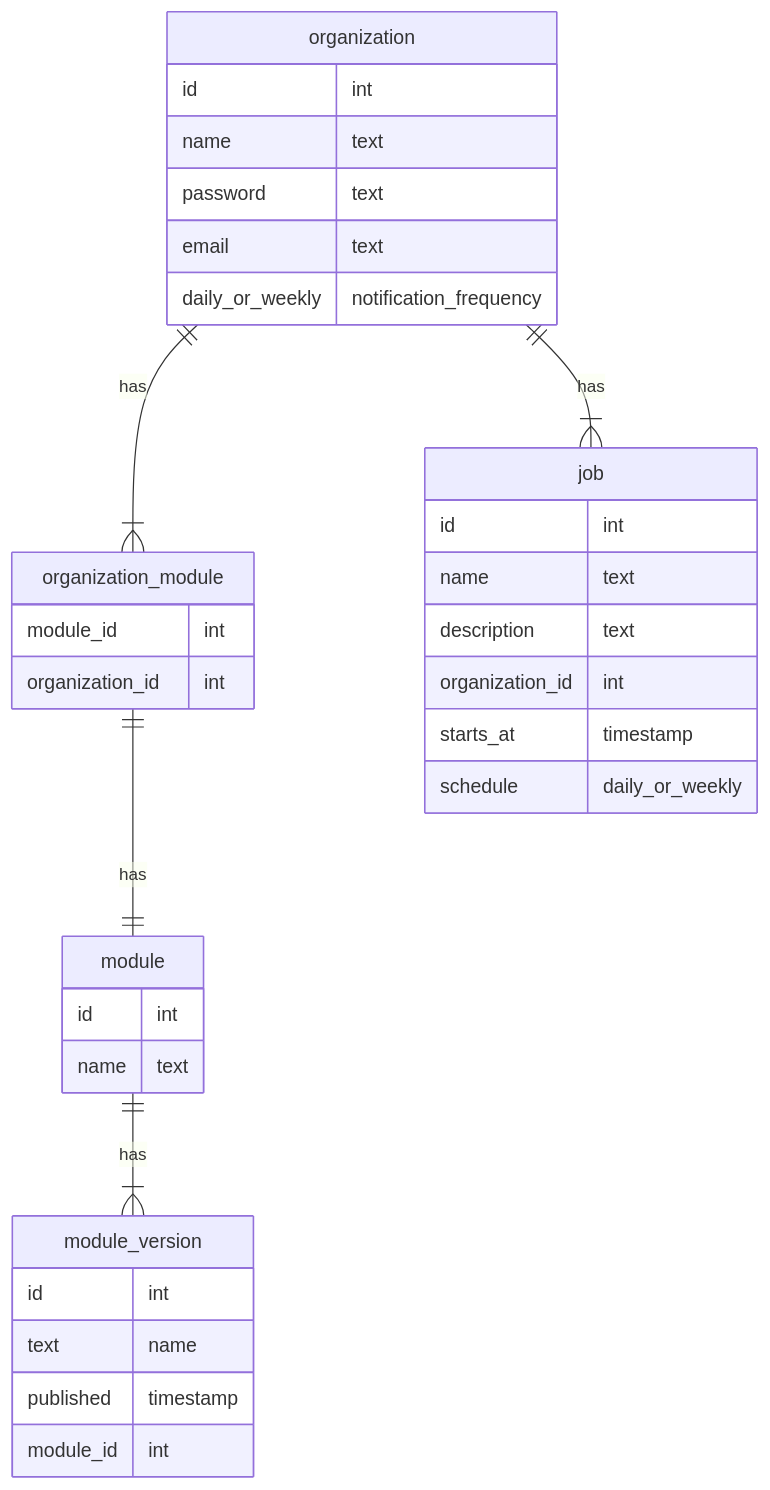
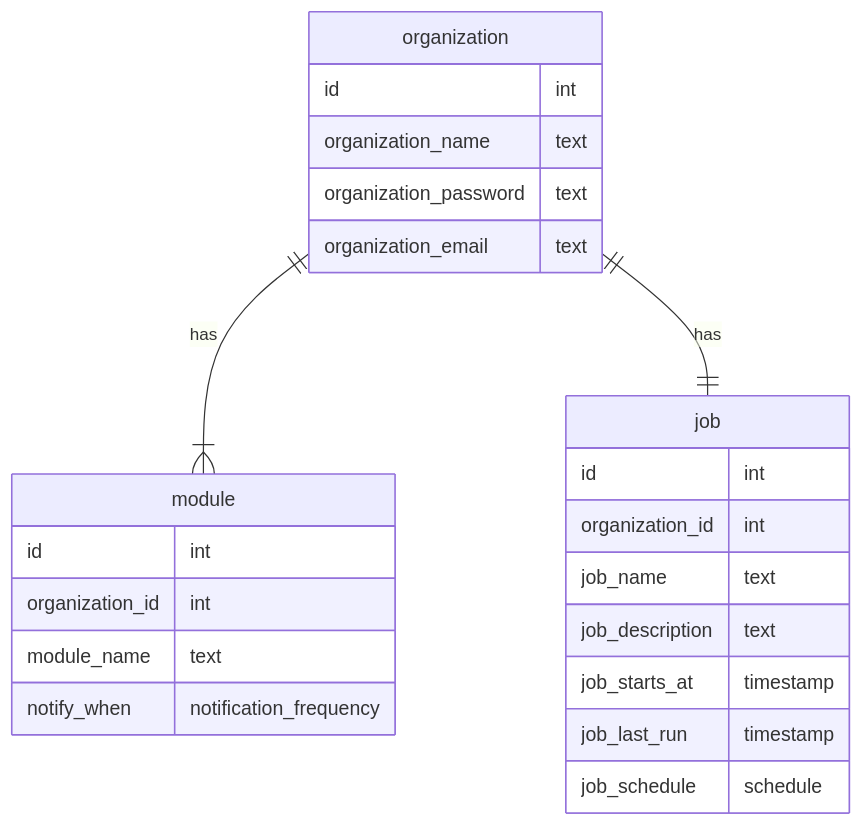
Before and after one commit to lmiller1990/neith: the diagram in docs/DB.mmd, drawn with Mermaid.

Commit message:
chore: update ERD

```diff
--- a/docs/DB.mmd
+++ b/docs/DB.mmd
@@ -1,38 +1,27 @@
 erDiagram
-    organization ||--|{ organization_module : has
+    organization ||--|{ module : has
+    organization ||--|| job : has
+
     organization {
       id int 
-      name text 
-      password text 
-      email text 
-      daily_or_weekly notification_frequency 
+      organization_name text 
+      organization_password text 
+      organization_email text 
     }
     
-    organization_module ||--|| module : has
-    organization_module {
-      module_id int
+    module {
+      id int 
       organization_id int
+      module_name text 
+      notify_when notification_frequency 
     }
 
-    module ||--|{ module_version : has
-    module {
-      id int 
-      name text 
-    }
-
-    module_version {
-      id int 
-      text  name
-      published timestamp
-      module_id int
-    }
-
-    organization ||--|{ job : has
     job {
       id int
-      name text
-      description text
       organization_id int
-      starts_at timestamp
-      schedule daily_or_weekly
+      job_name        text
+      job_description text
+      job_starts_at   timestamp
+      job_last_run    timestamp
+      job_schedule    schedule
     }
```
